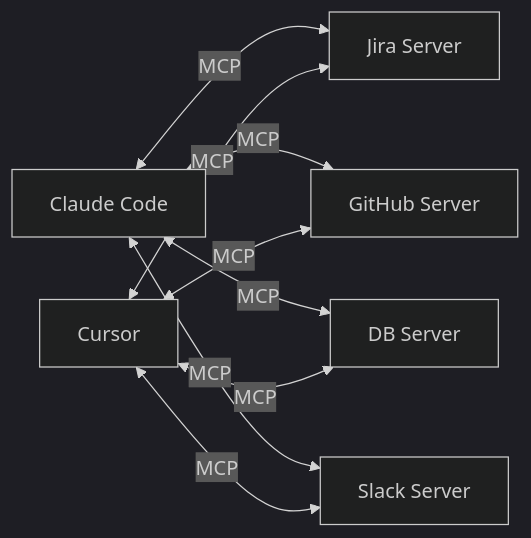
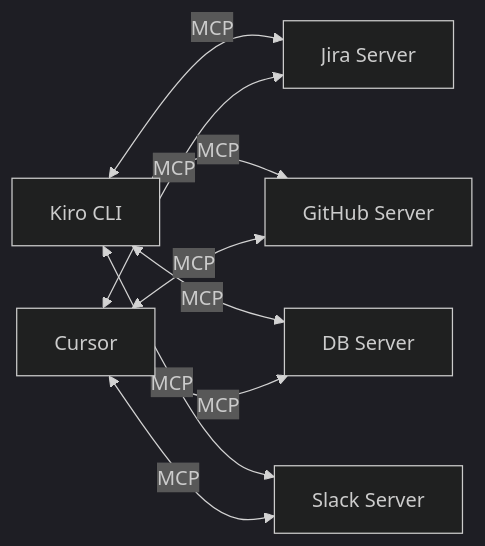
Before and after one commit to tzvimg/ai-course-workshop: the second of 5 diagrams in docs/modules/08-mcp-servers.md, drawn with Mermaid (dark theme). The commit also changed other lines of this file and 25 other files, not shown here.

First line of the commit message:
Standardize workshop on Kiro CLI and fix accuracy/consistency issues

````diff
--- a/docs/modules/08-mcp-servers.md
+++ b/docs/modules/08-mcp-servers.md
@@ -47,11 +47,11 @@
 ```mermaid
 graph LR
-    CC[Claude Code] <-->|MCP| JS[Jira Server]
+    CC[Kiro CLI] <-->|MCP| JS[Jira Server]
     CC <-->|MCP| GS[GitHub Server]
     CC <-->|MCP| DS[DB Server]
     CC <-->|MCP| SS[Slack Server]
     CU[Cursor] <-->|MCP| JS
     CU <-->|MCP| GS
     CU <-->|MCP| DS
     CU <-->|MCP| SS
 ```
````
